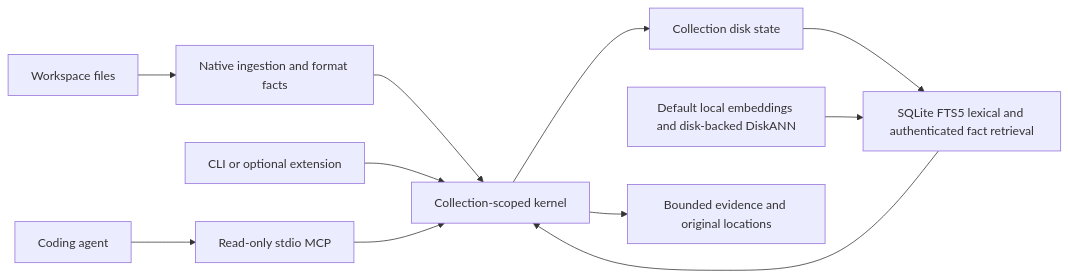
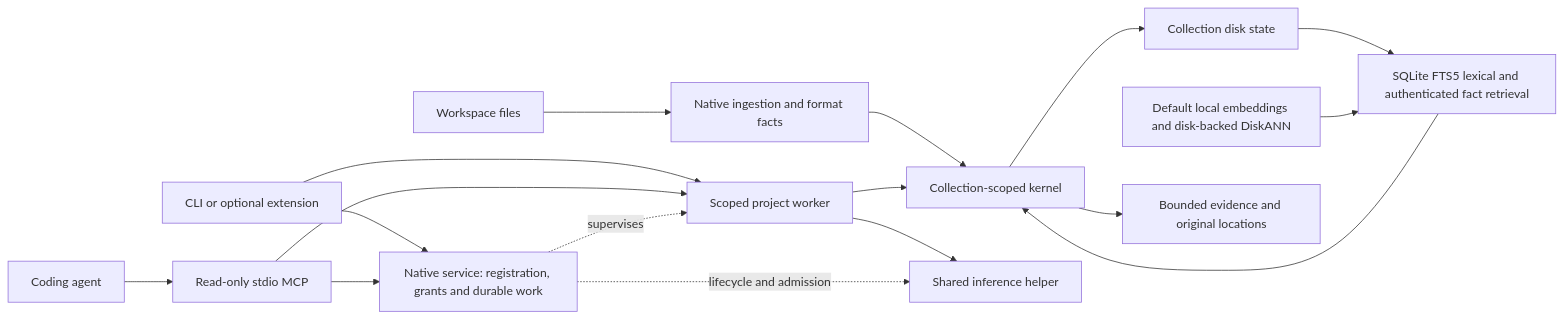
One commit to iokaio/airk changed the diagram in docs/architecture.md. Above: the diagram before and after it, drawn with Mermaid. The commit also changed other lines of this file and 457 other files, not shown here.

First line of the commit message:
feat: release AIRK 1.4.4 native service and storage recovery

```diff
--- a/docs/architecture.md
+++ b/docs/architecture.md
@@ -7,13 +20,19 @@
 ~~~mermaid
 flowchart LR
   W[Workspace files] --> I[Native ingestion and format facts]
   I --> K[Collection-scoped kernel]
   K --> S[Collection disk state]
   S --> R[SQLite FTS5 lexical and authenticated fact retrieval]
   V[Default local embeddings and disk-backed DiskANN] --> R
-  C[CLI or optional extension] --> K
+  C[CLI or optional extension] --> N[Native service: registration, grants and durable work]
   A[Coding agent] --> M[Read-only stdio MCP]
-  M --> K
+  M --> N
+  C --> P[Scoped project worker]
+  M --> P
+  N -. supervises .-> P
+  P --> K
+  P --> H[Shared inference helper]
+  N -. lifecycle and admission .-> H
   R --> K
   K --> E[Bounded evidence and original locations]
 ~~~
```
